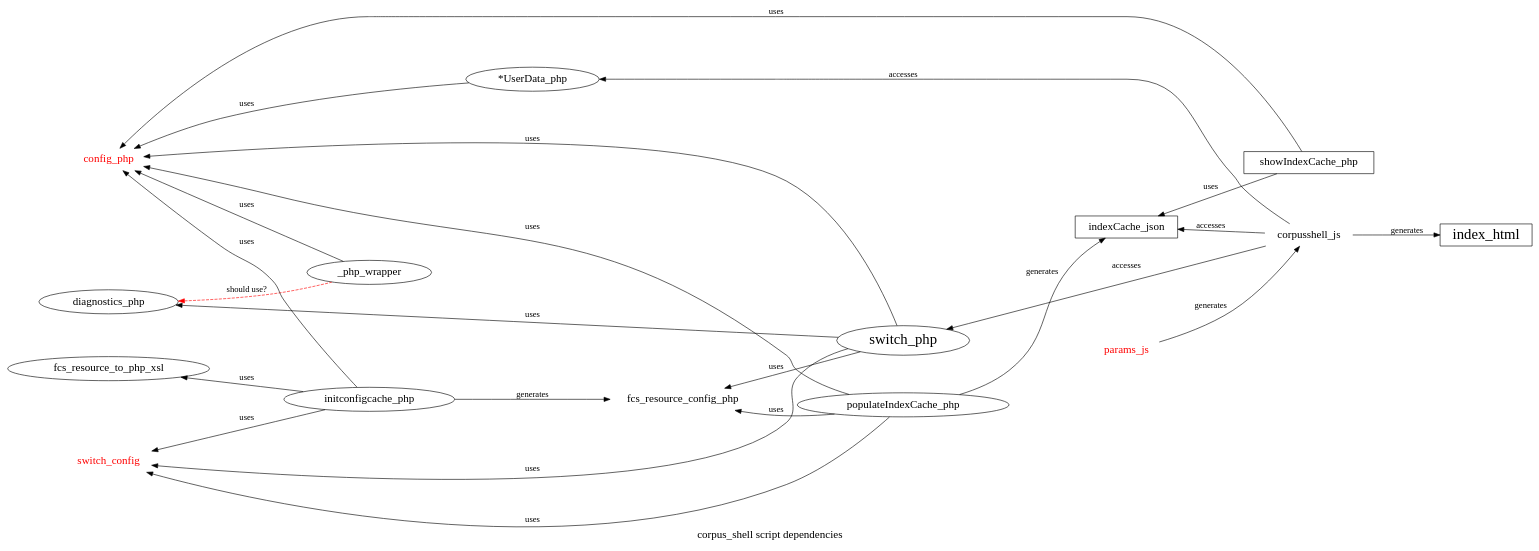
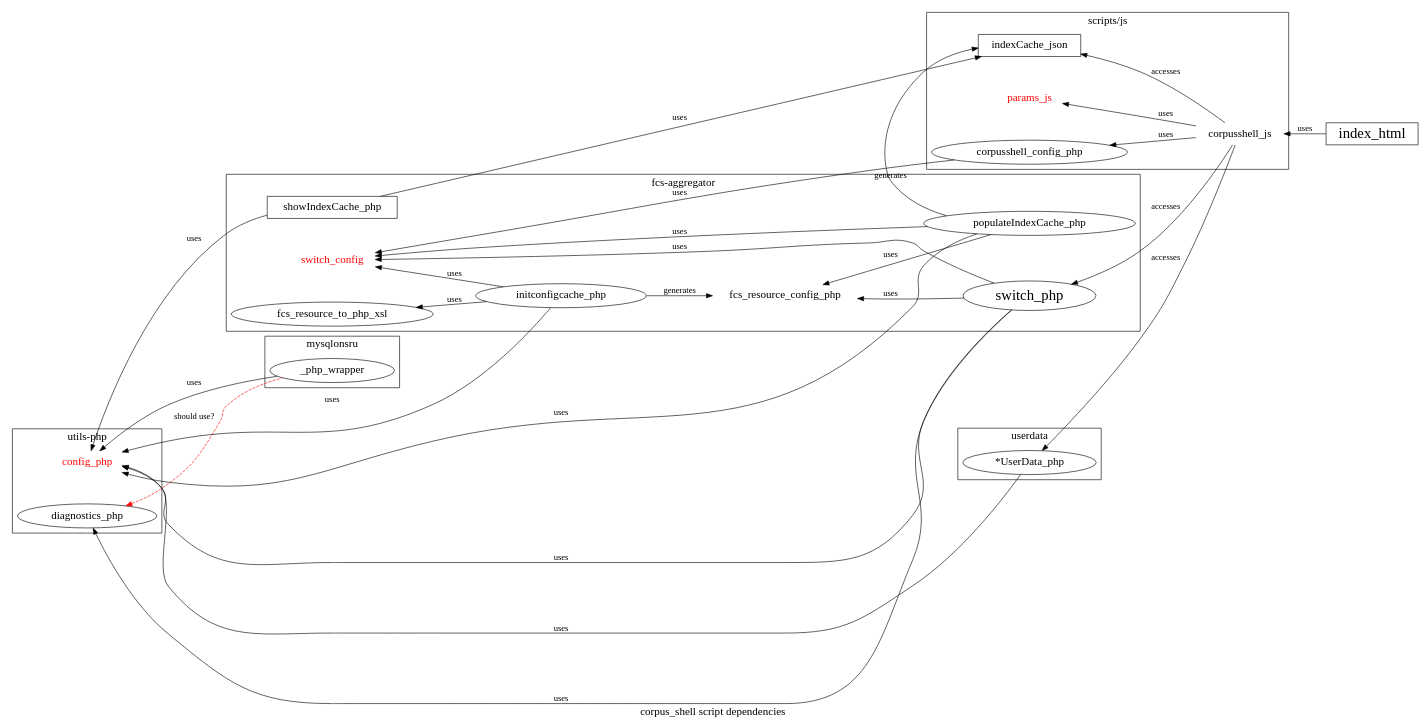
Before and after one commit to vronk/corpus_shell: the diagram in docs/c_s_dep.dot, drawn with Graphviz. The commit also changed 2 other files, not shown here.

Commit message:
updated script dependencies, corrected some links, added corpusshell.config.php

```diff
--- a/docs/c_s_dep.dot
+++ b/docs/c_s_dep.dot
@@ -1,133 +1,139 @@
 /* 
 
 dot -oc_s_dep.png -Tpng c_s_dep.dot
 
 */
 digraph c_s_places {
   label="corpus_shell script dependencies";
 	rankdir=LR;
 	/* size="10,11";	
 	ranksep=1.3;*/
 	nodesep=0.7;	 
 	fontsize=18;
 	node [fontsize=18];
 	graph [compound=true];
 
 	/* graph [compound=true,
 		mclimit=4,		
 		remincross=true,
 		nodesep = 0.1;	
 	size="12,12";		
 	];
 	*/
 
 
 /* scripts */
 node [shape="ellipse"];
 switch_php [fontsize=24 ];
 populateIndexCache_php;
 initconfigcache_php;
 diagnostics_php;
 fcs_resource_to_php_xsl;
 _userdata [label="*UserData_php"];
 _php_wrapper;
+corpusshell_config_php;
 
 /* config */
 node [shape=none];
 switch_config [fontcolor=red];
 config_php [fontcolor=red];
 fcs_resource_config_php;
 params_js [fontcolor=red];
 corpusshell_js;
 
 /* data? */
 node [shape=box];
 indexCache_json;
 index_html [fontsize=24 ];
 showIndexCache_php;
 	
-/*
+
 	subgraph cluster_aggregator {
 		label="fcs-aggregator";
 		initconfigcache_php;
 		fcs_resource_config_php;
 		switch_php;		
 		switch_config;
 		fcs_resource_to_php_xsl;
 		
 		populateIndexCache_php;
 		showIndexCache_php;
 	}
 
 	subgraph cluster_fcs_utils_php{
 		label="utils-php";
 		  config_php;
 		  diagnostics_php;
 	}
 
 subgraph cluster_fcs_wrapper_php{
 		label="mysqlonsru";
 		  _php_wrapper;
 	}
 
 	subgraph cluster_main {
 		label="userdata";				
 		_userdata;
 	}
 
 
 	subgraph cluster_js {
 		label="scripts/js";				
 	
 		params_js;
 		corpusshell_js;
 		indexCache_json;
+		corpusshell_config_php;
 		
 	}
-*/
+
 
 /* usedBy */
  edge [dir=back, label="uses"];
 config_php -> switch_php;
 config_php -> _php_wrapper;
 config_php -> populateIndexCache_php;
 config_php -> showIndexCache_php;
 config_php -> initconfigcache_php;
 config_php -> _userdata;
 switch_config -> switch_php;
 switch_config -> populateIndexCache_php;
 switch_config -> initconfigcache_php; 
 
 diagnostics_php -> switch_php;
 fcs_resource_config_php -> switch_php;
 fcs_resource_config_php -> populateIndexCache_php;
 fcs_resource_to_php_xsl -> initconfigcache_php;
 
 indexCache_json -> showIndexCache_php; 
 
+switch_config -> corpusshell_config_php;
+fcs_resource_config_php corpusshell_config_php;
+
 diagnostics_php -> _php_wrapper [style=dashed, color=red, label="should use?"];
+
+params_js -> corpusshell_js;
+corpusshell_js -> index_html;
+corpusshell_config_php -> corpusshell_js;
+
 
 /* generates */
  edge [dir=forward, label="generates"];
 
 populateIndexCache_php -> indexCache_json;
 initconfigcache_php -> fcs_resource_config_php;
-
-
-params_js -> corpusshell_js;
-corpusshell_js -> index_html;
 
 
 
 /* edge [label="accesses", arrowhead=none, arrowtail="open"]; */
 edge [dir=back, label="accesses"];
 switch_php -> corpusshell_js;
 _userdata -> corpusshell_js;
 indexCache_json -> corpusshell_js;
  
 
 /* contains */
 edge [dir=none, label=""];
 
 
 }
```
